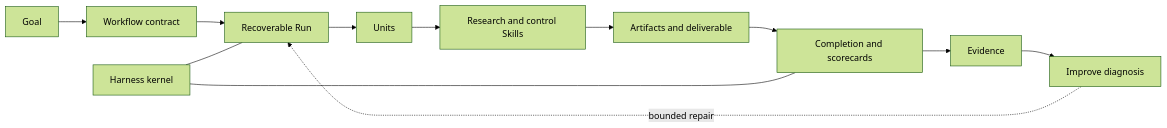
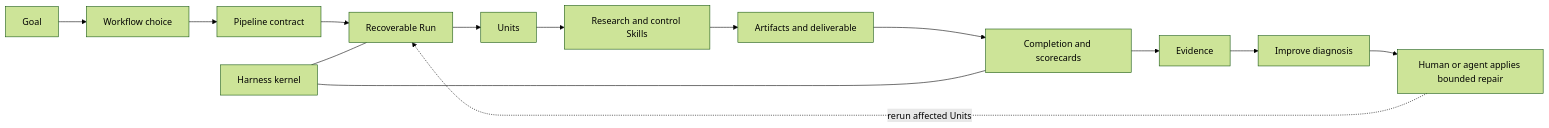
The diagram in README.md (WILLOSCAR/research-units-pipeline-skills), drawn with Mermaid (forest theme) before and after one commit. The commit also changed other lines of this file and 54 other files, not shown here.

Commit message:
feat: strengthen workflow acceptance and run trust

````diff
--- a/README.md
+++ b/README.md
@@ -79,15 +85,17 @@
 ```mermaid
 flowchart LR
-    G["Goal"] --> W["Workflow contract"]
-    W --> R["Recoverable Run"]
+    G["Goal"] --> W["Workflow choice"]
+    W --> P["Pipeline contract"]
+    P --> R["Recoverable Run"]
     R --> U["Units"]
     U --> S["Research and control Skills"]
     S --> A["Artifacts and deliverable"]
     A --> C["Completion and scorecards"]
     C --> E["Evidence"]
     E --> I["Improve diagnosis"]
-    I -. "bounded repair" .-> R
+    I --> O["Human or agent applies bounded repair"]
+    O -. "rerun affected Units" .-> R
 
     H["Harness kernel"] --- R
     H --- C
 ```
````
